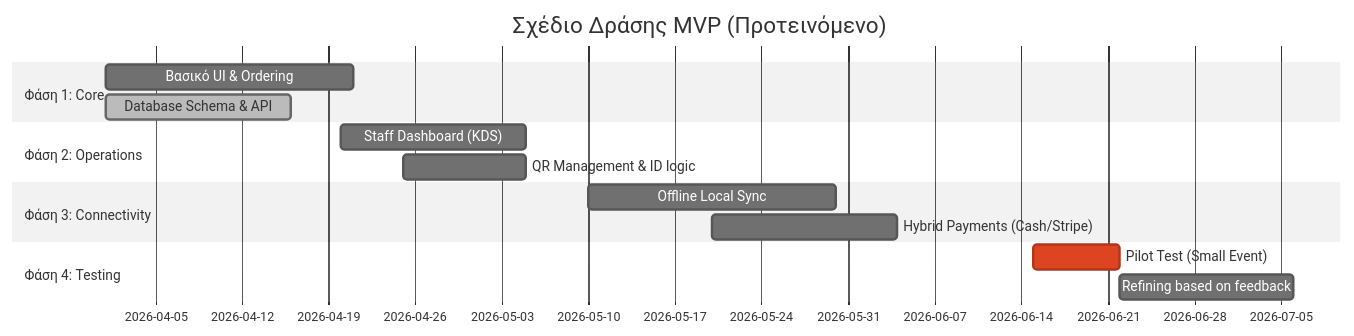
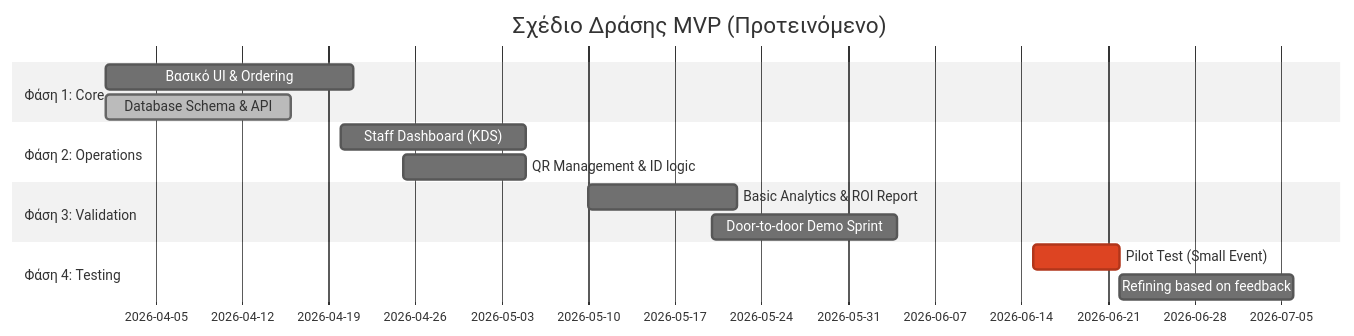
One commit to dolly450/orderly_docs changed the diagram in business/roadmap.md. Above: the diagram before and after it, drawn with Mermaid (neutral theme). The commit also changed other lines of this file and 5 other files, not shown here.

````diff
--- a/business/roadmap.md
+++ b/business/roadmap.md
@@ -6,17 +6,17 @@
 ```mermaid
 gantt
     title Σχέδιο Δράσης MVP (Προτεινόμενο)
     dateFormat  YYYY-MM-DD
     section Φάση 1: Core
     Βασικό UI & Ordering       :a1, 2026-04-01, 20d
     Database Schema & API      :done, a2, 2026-04-01, 15d
     section Φάση 2: Operations
     Staff Dashboard (KDS)     :a3, 2026-04-20, 15d
     QR Management & ID logic   :a4, 2026-04-25, 10d
-    section Φάση 3: Connectivity
-    Offline Local Sync         :a5, 2026-05-10, 20d
-    Hybrid Payments (Cash/Stripe): a6, 2026-05-20, 15d
+    section Φάση 3: Validation
+    Basic Analytics & ROI Report :a5, 2026-05-10, 12d
+    Door-to-door Demo Sprint     :a6, 2026-05-20, 15d
     section Φάση 4: Testing
     Pilot Test (Small Event)   :crit, a7, 2026-06-15, 7d
     Refining based on feedback :a8, 2026-06-22, 14d
 ```
````
